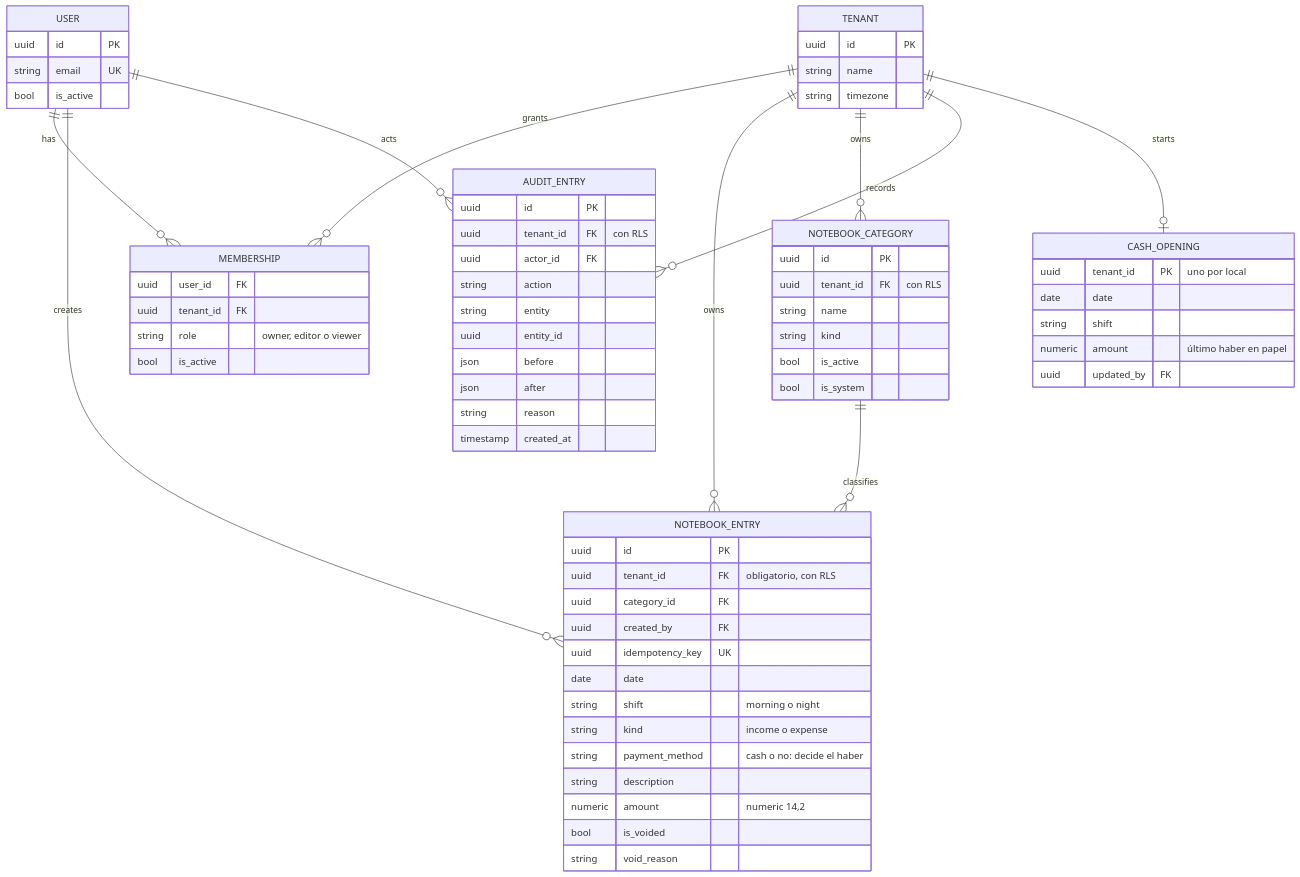
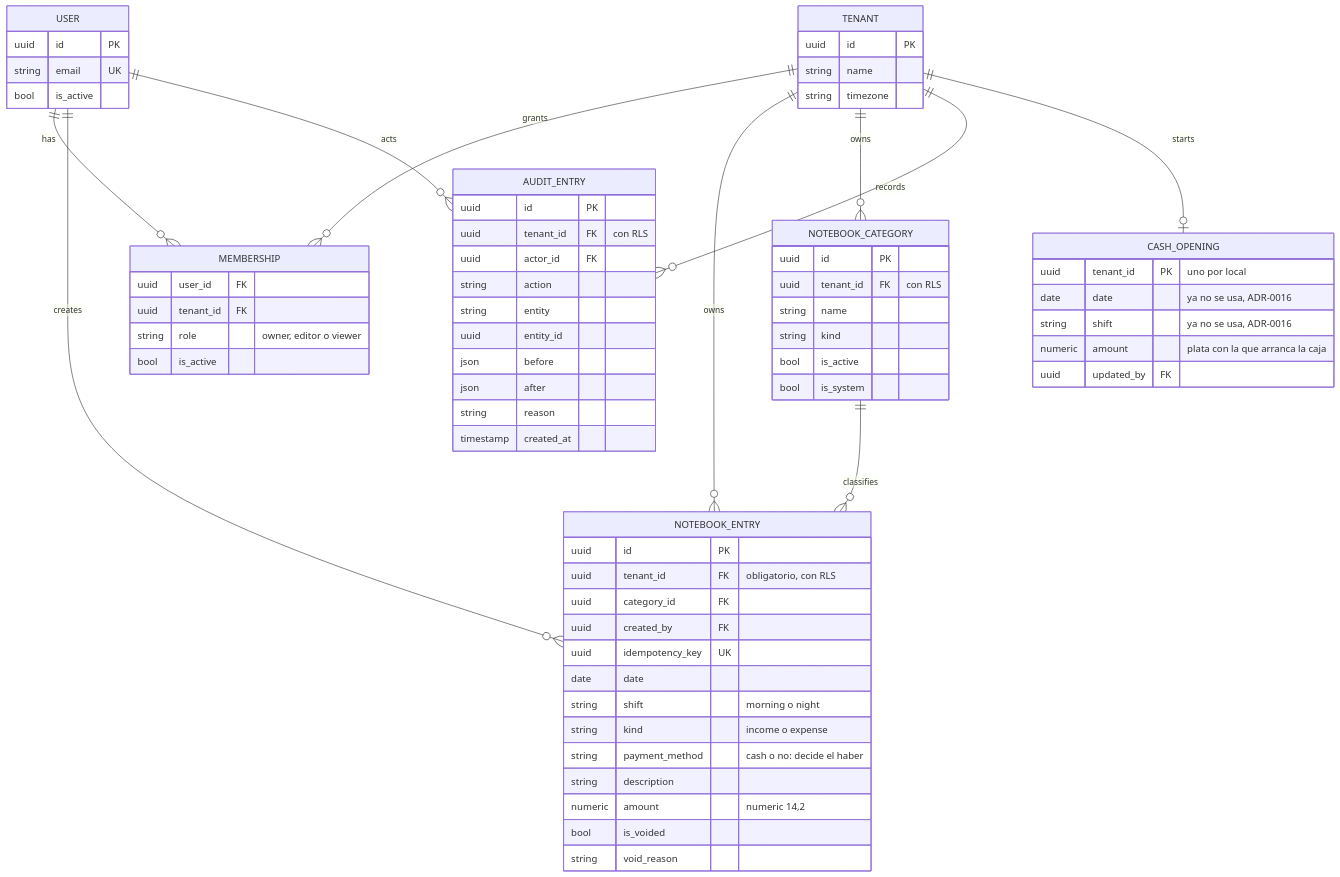
Before and after one commit to aleharo2003/floky-cuadernos: the diagram in docs/diagramas/04-datos.md, drawn with Mermaid. The commit also changed other lines of this file and 22 other files, not shown here.

````diff
--- a/docs/diagramas/04-datos.md
+++ b/docs/diagramas/04-datos.md
@@ -12,70 +12,70 @@
 ```mermaid
 erDiagram
     USER ||--o{ MEMBERSHIP : has
     TENANT ||--o{ MEMBERSHIP : grants
     TENANT ||--o{ NOTEBOOK_ENTRY : owns
     TENANT ||--o{ NOTEBOOK_CATEGORY : owns
     TENANT ||--o{ AUDIT_ENTRY : records
     USER ||--o{ NOTEBOOK_ENTRY : creates
     USER ||--o{ AUDIT_ENTRY : acts
     NOTEBOOK_CATEGORY ||--o{ NOTEBOOK_ENTRY : classifies
     TENANT ||--o| CASH_OPENING : starts
     USER {
         uuid id PK
         string email UK
         bool is_active
     }
     TENANT {
         uuid id PK
         string name
         string timezone
     }
     MEMBERSHIP {
         uuid user_id FK
         uuid tenant_id FK
         string role "owner, editor o viewer"
         bool is_active
     }
     NOTEBOOK_ENTRY {
         uuid id PK
         uuid tenant_id FK "obligatorio, con RLS"
         uuid category_id FK
         uuid created_by FK
         uuid idempotency_key UK
         date date
         string shift "morning o night"
         string kind "income o expense"
         string payment_method "cash o no: decide el haber"
         string description
         numeric amount "numeric 14,2"
         bool is_voided
         string void_reason
     }
     CASH_OPENING {
         uuid tenant_id PK "uno por local"
-        date date
-        string shift
-        numeric amount "último haber en papel"
+        date date "ya no se usa, ADR-0016"
+        string shift "ya no se usa, ADR-0016"
+        numeric amount "plata con la que arranca la caja"
         uuid updated_by FK
     }
     NOTEBOOK_CATEGORY {
         uuid id PK
         uuid tenant_id FK "con RLS"
         string name
         string kind
         bool is_active
         bool is_system
     }
     AUDIT_ENTRY {
         uuid id PK
         uuid tenant_id FK "con RLS"
         uuid actor_id FK
         string action
         string entity
         uuid entity_id
         json before
         json after
         string reason
         timestamp created_at
     }
 ```
````
